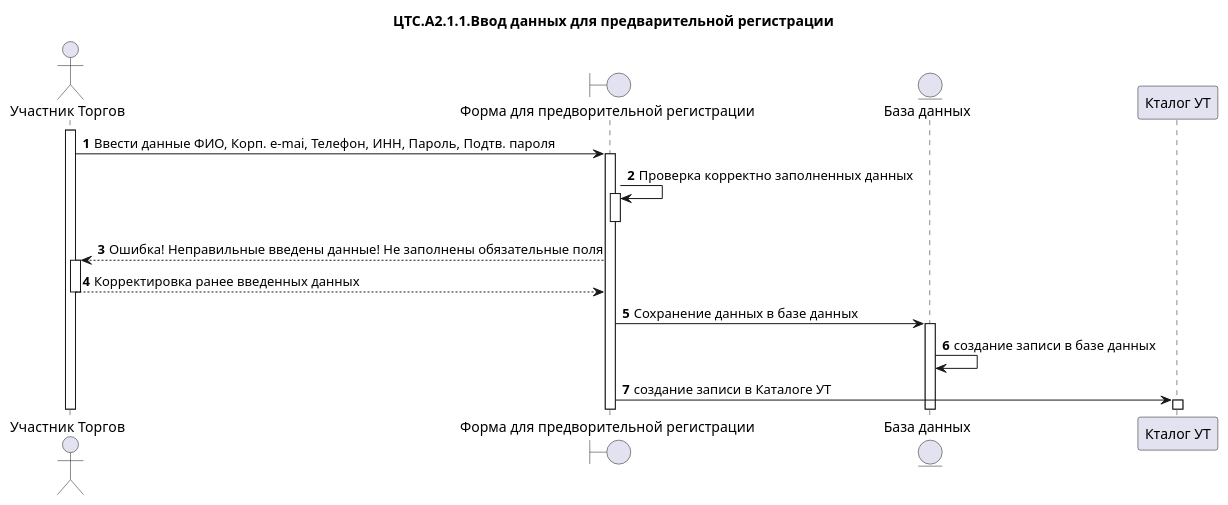
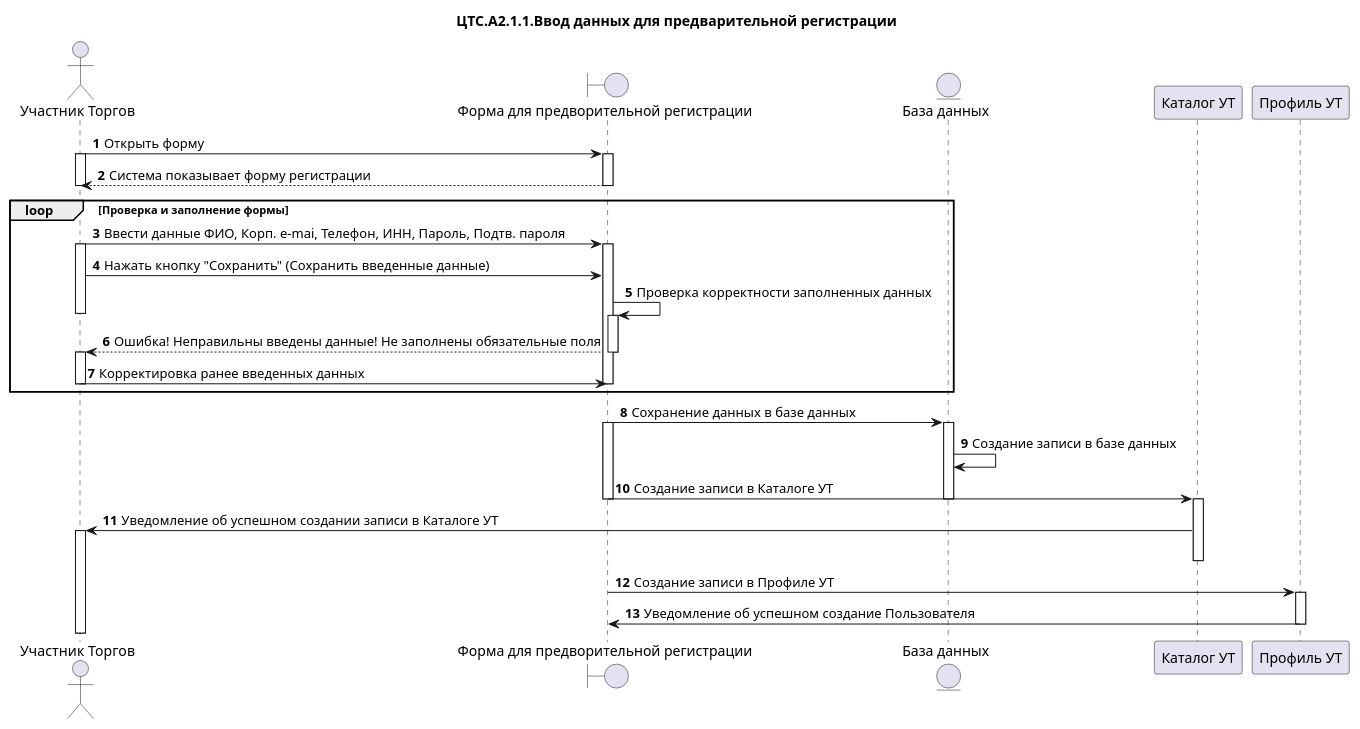
Before and after one commit to moaxmoaxpxrf4jag/CTS.Documentation: the diagram in Project solutions/ЦТС.А2.1.1.Ввод данных для предварительной регистрации.puml, drawn with PlantUML.

Commit message:
Обновлено ЦТС.А2.1.1.Ввод данных для предварительной регистрации.puml

```diff
--- a/Project solutions/ЦТС.А2.1.1.Ввод данных для предварительной регистрации.puml
+++ b/Project solutions/ЦТС.А2.1.1.Ввод данных для предварительной регистрации.puml
@@ -1,29 +1,58 @@
-@startuml "ЦТС.А2.1"
+@startuml 
 /'Название файла будет: ЦТС.<Номер схемы БП>.<Номер этапа>.<Название этапа в схеме БП>'/
 title "ЦТС.А2.1.1.Ввод данных для предварительной регистрации"
 actor "Участник Торгов" as User
 boundary "Форма для предворительной регистрации" as A
 entity "База данных" as B
-participant  "Кталог УТ" as C
+participant  "Каталог УТ" as C
+participant "Профиль УТ" as D
+
 
 autonumber
+
+User -> A: Открыть форму
 activate User
-User -> A: Ввести данные ФИО, Корп. e-mai, Телефон, ИНН, Пароль, Подтв. пароля
 activate A
-
-A -> A: Проверка корректно заполненных данных
-activate A
+A-->User: Система показывает форму регистрации
+deactivate User
 deactivate A
 
-A --> User: Ошибка! Неправильные введены данные! Не заполнены обязательные поля
+loop Проверка и заполнение формы
+User -> A: Ввести данные ФИО, Корп. e-mai, Телефон, ИНН, Пароль, Подтв. пароля
 activate User
-User-->A: Корректировка ранее введенных данных
+activate A
+User -> A: Нажать кнопку "Сохранить" (Сохранить введенные данные)
+
+A -> A: Проверка корректности заполненных данных 
+activate A
 deactivate User
+A --> User: Ошибка! Неправильны введены данные! Не заполнены обязательные поля
+deactivate A
+activate User
+User->A: Корректировка ранее введенных данных
+deactivate User
+deactivate A
+end
+
 A -> B: Сохранение данных в базе данных
+activate A
 activate B
-B->B:создание записи в базе данных
 
-A->C: создание записи в Каталоге УТ
+B->B:Создание записи в базе данных
+
+A->C: Создание записи в Каталоге УТ
+deactivate B
+deactivate A
 activate C
 
+C->User: Уведомление об успешном создании записи в Каталоге УТ
+activate User
+deactivate C
+
+A ->D: Создание записи в Профиле УТ
+activate D
+
+D->A: Уведомление об успешном создание Пользователя
+deactivate D
+
 @enduml
```
